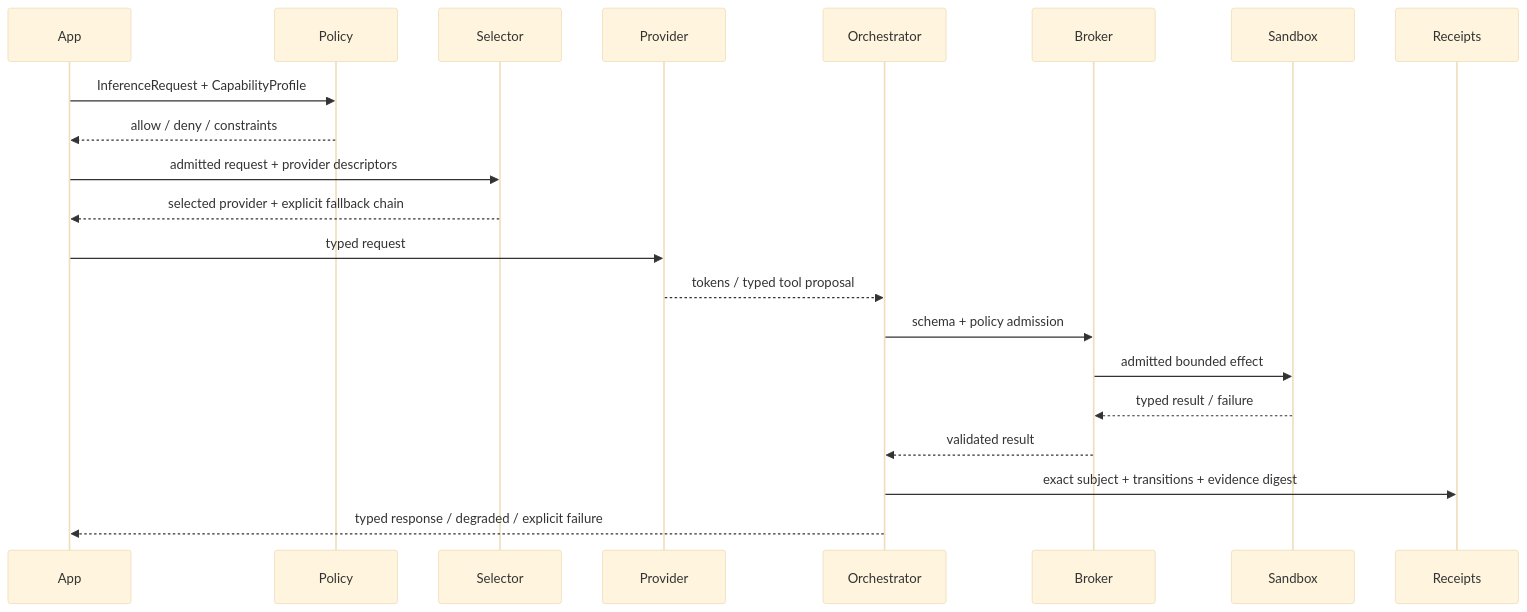
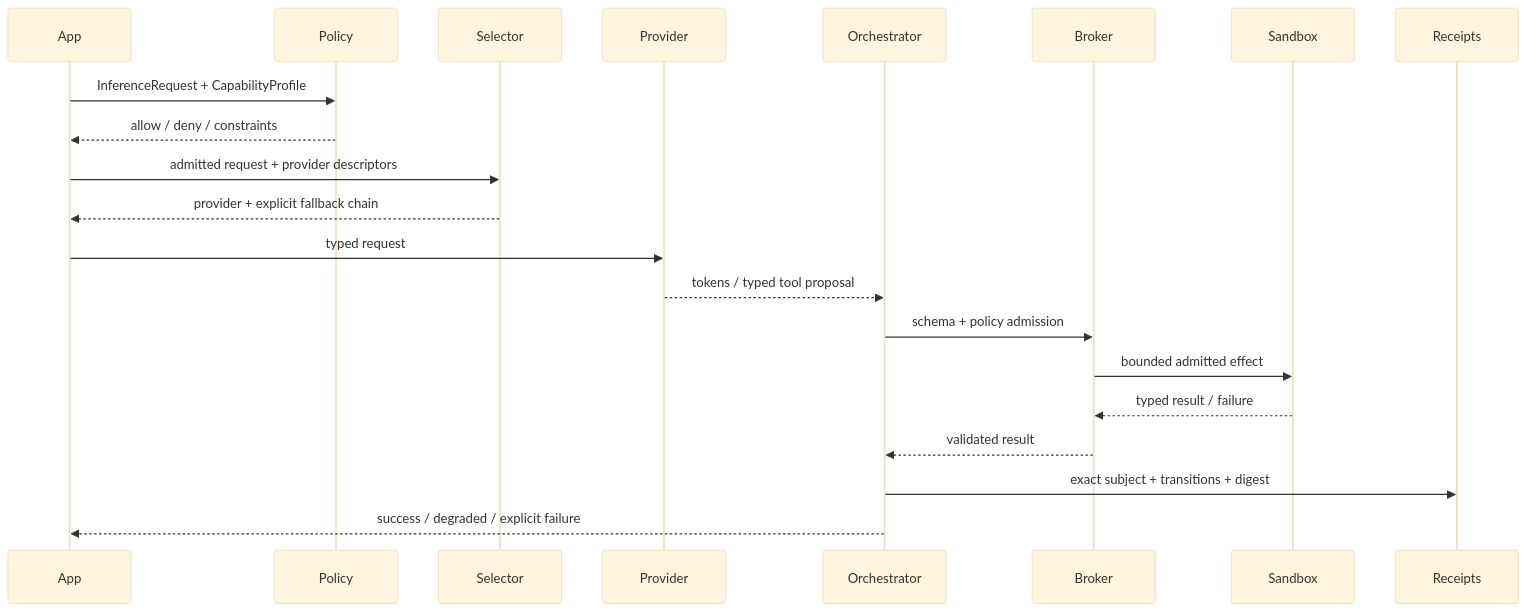
Before and after one commit to ed3c/ai-edge-tlm: the third of 3 diagrams in README.md, drawn with Mermaid (base theme). The commit also changed other lines of this file and 5 other files, not shown here.

````diff
--- a/README.md
+++ b/README.md
@@ -130,24 +87,24 @@
 ```mermaid
 sequenceDiagram
     participant App
     participant Policy
     participant Selector
     participant Provider
     participant Orchestrator
     participant Broker
     participant Sandbox
     participant Receipts
 
     App->>Policy: InferenceRequest + CapabilityProfile
     Policy-->>App: allow / deny / constraints
     App->>Selector: admitted request + provider descriptors
-    Selector-->>App: selected provider + explicit fallback chain
+    Selector-->>App: provider + explicit fallback chain
     App->>Provider: typed request
     Provider-->>Orchestrator: tokens / typed tool proposal
     Orchestrator->>Broker: schema + policy admission
-    Broker->>Sandbox: admitted bounded effect
+    Broker->>Sandbox: bounded admitted effect
     Sandbox-->>Broker: typed result / failure
     Broker-->>Orchestrator: validated result
-    Orchestrator->>Receipts: exact subject + transitions + evidence digest
-    Orchestrator-->>App: typed response / degraded / explicit failure
+    Orchestrator->>Receipts: exact subject + transitions + digest
+    Orchestrator-->>App: success / degraded / explicit failure
 ```
````
